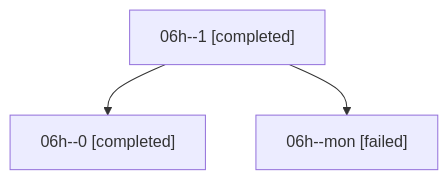
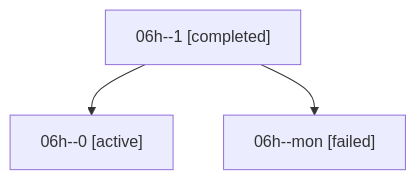
Before and after one commit to sase-org/sase--agents: the diagram in families/bbugyi200.athena.06h.md, drawn with Mermaid. The commit also changed other lines of this file and 35830 other files, not shown here.

````diff
--- a/families/bbugyi200.athena.06h.md
+++ b/families/bbugyi200.athena.06h.md
@@ -9,8 +9,8 @@
 ```mermaid
 flowchart TD
   n0["06h--1 [completed]"]
-  n1["06h--0 [completed]"]
+  n1["06h--0 [active]"]
   n0 --> n1
   n2["06h--mon [failed]"]
   n0 --> n2
 ```
````
